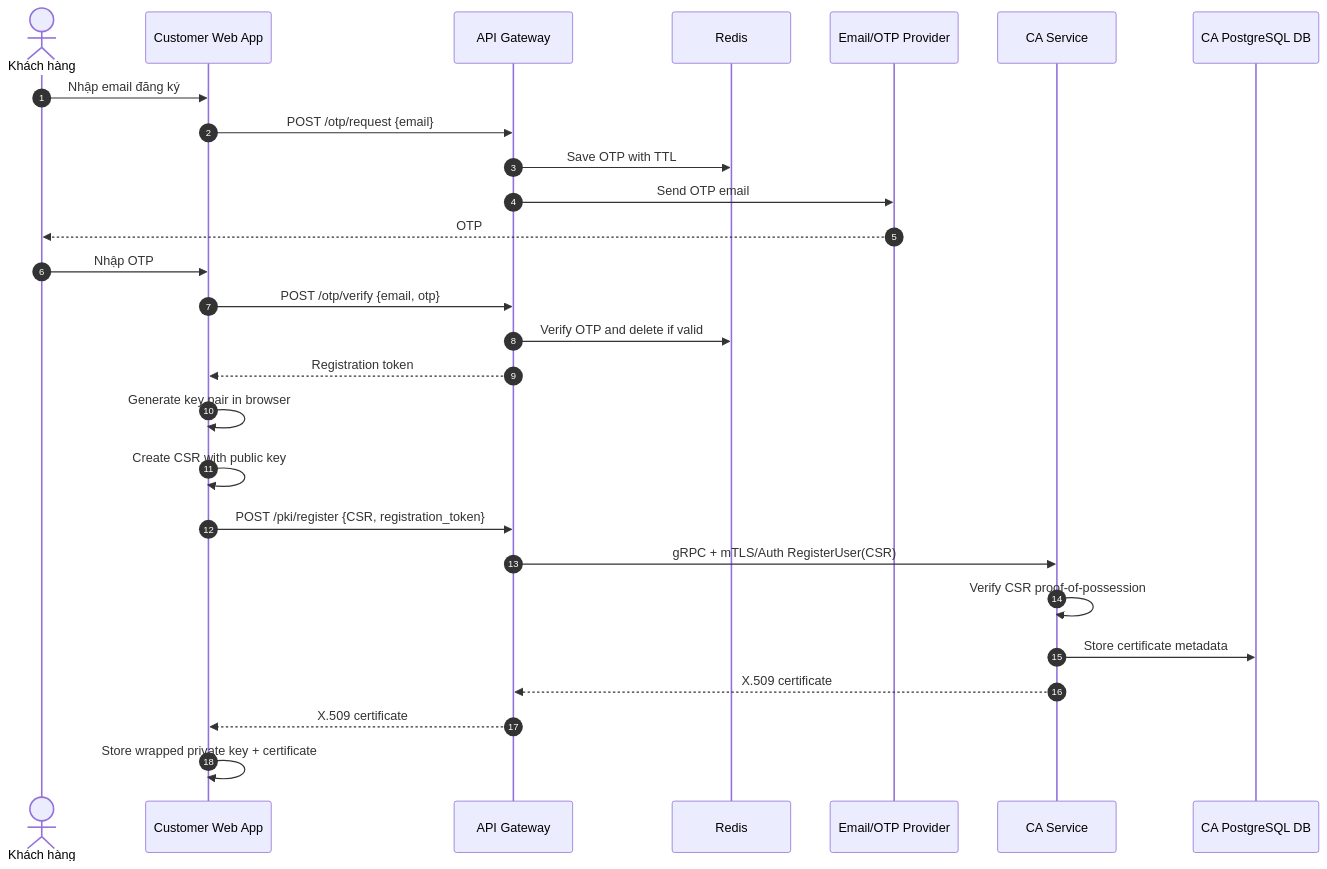
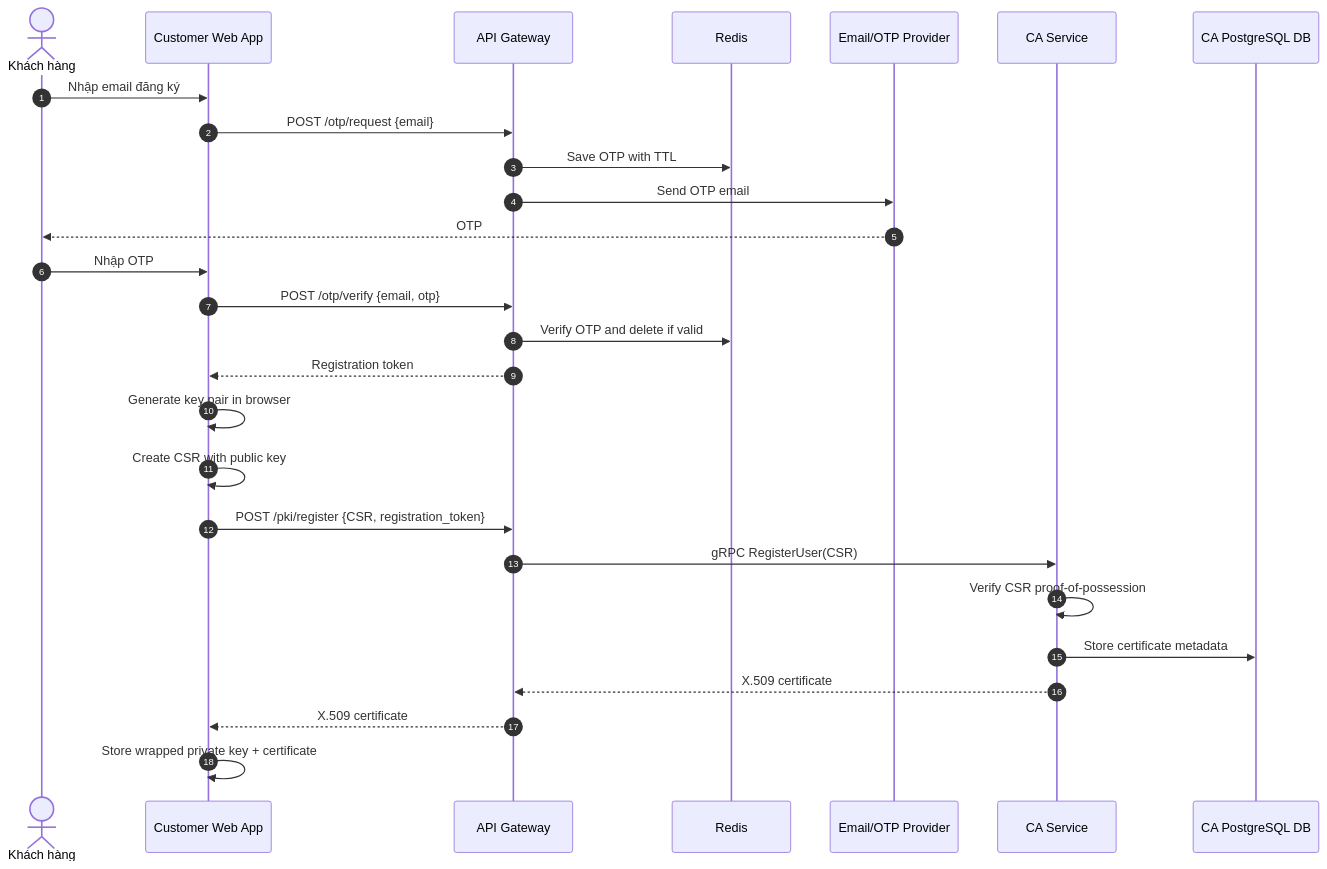
One commit to TNTT2305hcmus/mini-banking-app changed the third of 6 diagrams in blueprint/design.md. Above: the diagram before and after it, drawn with Mermaid. The commit also changed other lines of this file and 23 other files, not shown here.

````diff
--- a/blueprint/design.md
+++ b/blueprint/design.md
@@ -373,32 +369,32 @@
 ```mermaid
 sequenceDiagram
     autonumber
     actor C as Khách hàng
     participant Web as Customer Web App
     participant G as API Gateway
     participant R as Redis
     participant E as Email/OTP Provider
     participant CA as CA Service
     participant CADB as CA PostgreSQL DB
 
     C->>Web: Nhập email đăng ký
     Web->>G: POST /otp/request {email}
     G->>R: Save OTP with TTL
     G->>E: Send OTP email
     E-->>C: OTP
 
     C->>Web: Nhập OTP
     Web->>G: POST /otp/verify {email, otp}
     G->>R: Verify OTP and delete if valid
     G-->>Web: Registration token
 
     Web->>Web: Generate key pair in browser
     Web->>Web: Create CSR with public key
     Web->>G: POST /pki/register {CSR, registration_token}
-    G->>CA: gRPC + mTLS/Auth RegisterUser(CSR)
+    G->>CA: gRPC RegisterUser(CSR)
     CA->>CA: Verify CSR proof-of-possession
     CA->>CADB: Store certificate metadata
     CA-->>G: X.509 certificate
     G-->>Web: X.509 certificate
     Web->>Web: Store wrapped private key + certificate
 ```
````
